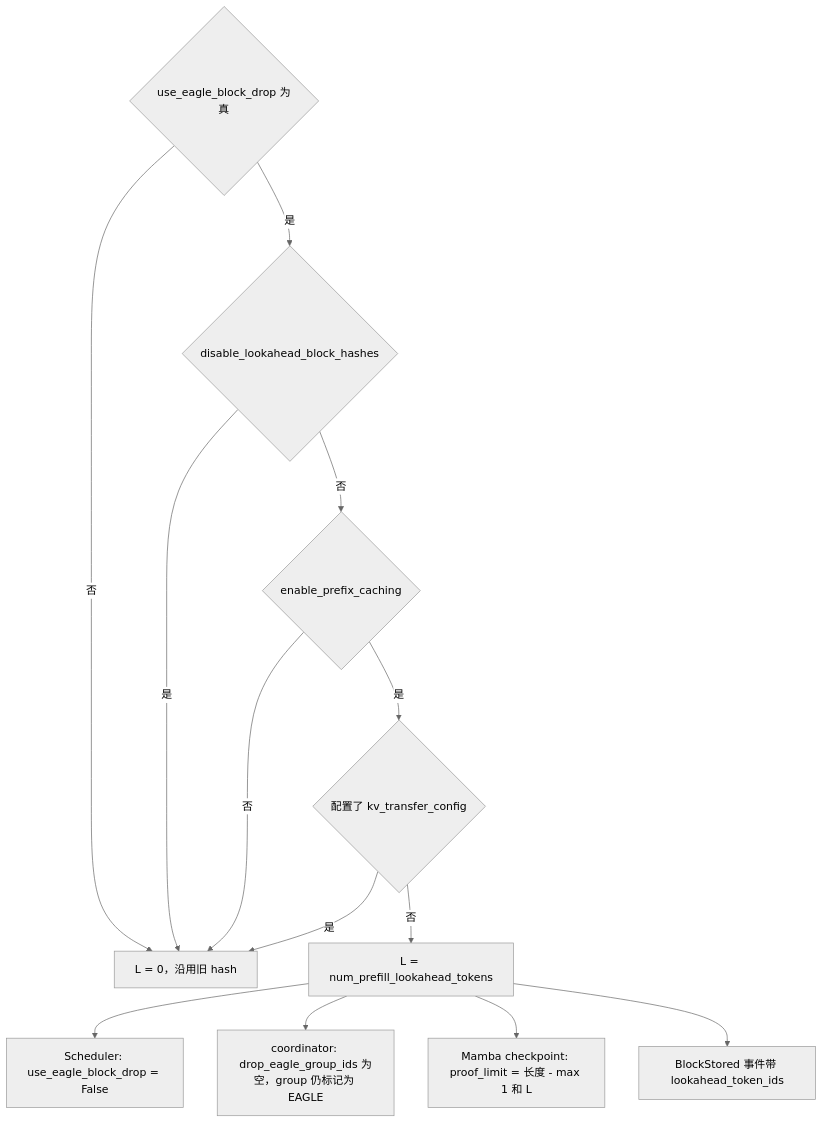
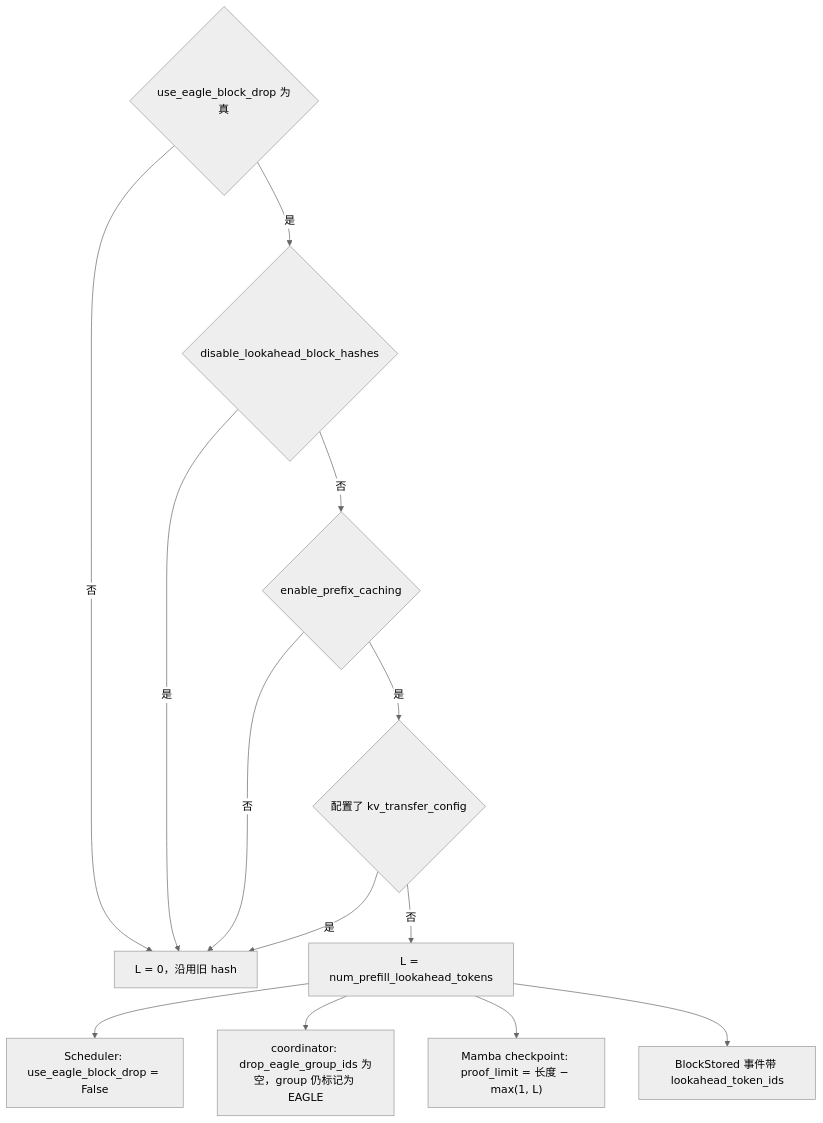
Before and after one commit to cluster1900/vllm_reader: diagram 23 of 32 in book/05-kv-cache/README.md, drawn with Mermaid (neutral theme). The commit also changed other lines of this file and 1 other file, not shown here.

````diff
--- a/book/05-kv-cache/README.md
+++ b/book/05-kv-cache/README.md
@@ -1150,15 +1153,15 @@
 ```mermaid
 flowchart TD
     A{use_eagle_block_drop 为真} -->|否| OFF[L = 0，沿用旧 hash]
     A -->|是| B{disable_lookahead_block_hashes}
     B -->|是| OFF
     B -->|否| C{enable_prefix_caching}
     C -->|否| OFF
     C -->|是| D{配置了 kv_transfer_config}
     D -->|是| OFF
     D -->|否| ON[L = num_prefill_lookahead_tokens]
     ON --> S1[Scheduler: use_eagle_block_drop = False]
     ON --> S2[coordinator: drop_eagle_group_ids 为空，group 仍标记为 EAGLE]
-    ON --> S3[Mamba checkpoint: proof_limit = 长度 - max 1 和 L]
+    ON --> S3["Mamba checkpoint: proof_limit = 长度 − max(1, L)"]
     ON --> S4[BlockStored 事件带 lookahead_token_ids]
 ```
````
